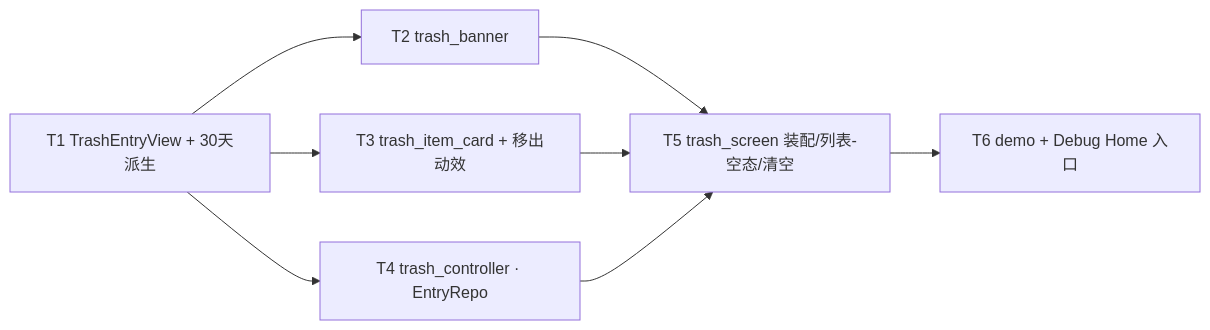
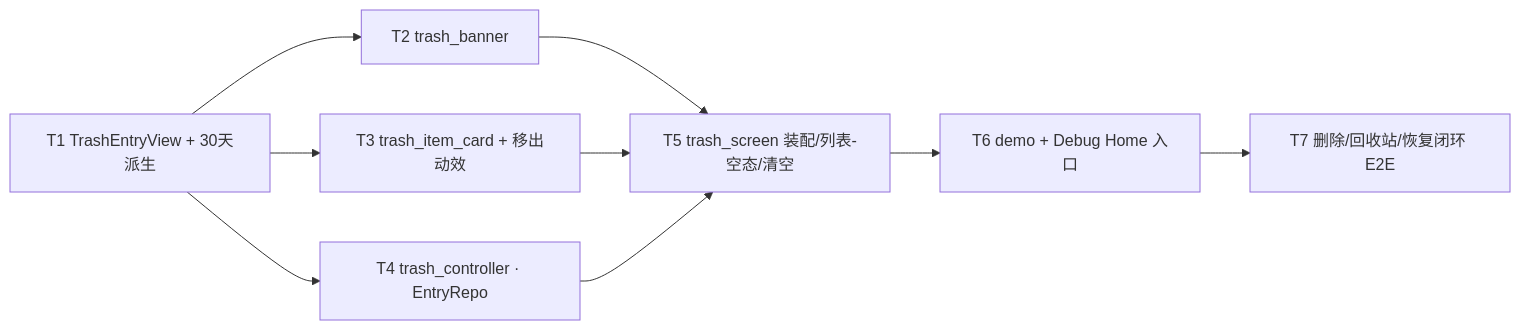
One commit to cr1992/DayZ changed the diagram in specs/active/trash-screen/tasks.md. Above: the diagram before and after it, drawn with Mermaid. The commit also changed other lines of this file and 10 other files, not shown here.

````diff
--- a/specs/active/trash-screen/tasks.md
+++ b/specs/active/trash-screen/tasks.md
@@ -13,10 +13,11 @@
 ```mermaid
 graph LR
   T1[T1 TrashEntryView + 30天派生] --> T2[T2 trash_banner]
   T1 --> T3[T3 trash_item_card + 移出动效]
   T1 --> T4[T4 trash_controller · EntryRepo]
   T2 --> T5[T5 trash_screen 装配/列表-空态/清空]
   T3 --> T5
   T4 --> T5
   T5 --> T6[T6 demo + Debug Home 入口]
+  T6 --> T7[T7 删除/回收站/恢复闭环 E2E]
 ```
````
